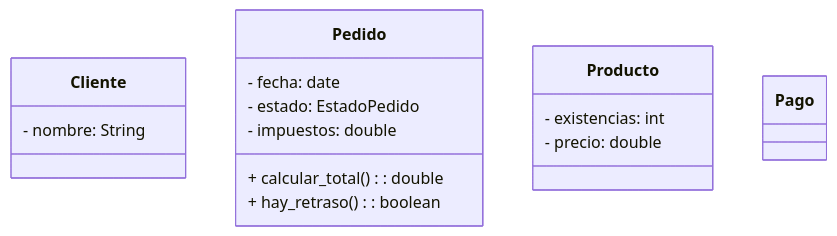
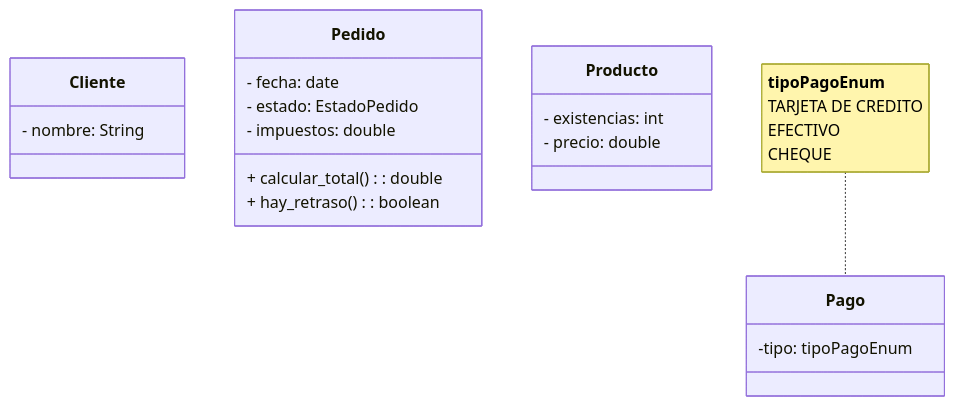
Before and after one commit to SirAivan/CD_Tema2_Ejercicios: the diagram in gestion_pedidos.mmd, drawn with Mermaid. The commit also changed 1 other file, not shown here.

Commit message:
empezado ejercicio 0301 de la web y arreglado problema con pago en gestion_pedidos

```diff
--- a/gestion_pedidos.mmd
+++ b/gestion_pedidos.mmd
@@ -1,22 +1,23 @@
 classDiagram
 
  class Cliente{
     - nombre: String
  }
 
  class Pedido{
     - fecha: date
     - estado: EstadoPedido
     - impuestos: double
     + calcular_total (): double
     + hay_retraso (): boolean
  }
 
  class Producto{
     - existencias: int
     - precio: double
  }
 
+note for Pago "<strong> tipoPagoEnum </strong> <br> TARJETA DE CREDITO <br> EFECTIVO <br> CHEQUE"
  class Pago{
-    
+    -tipo: tipoPagoEnum
  }
```
